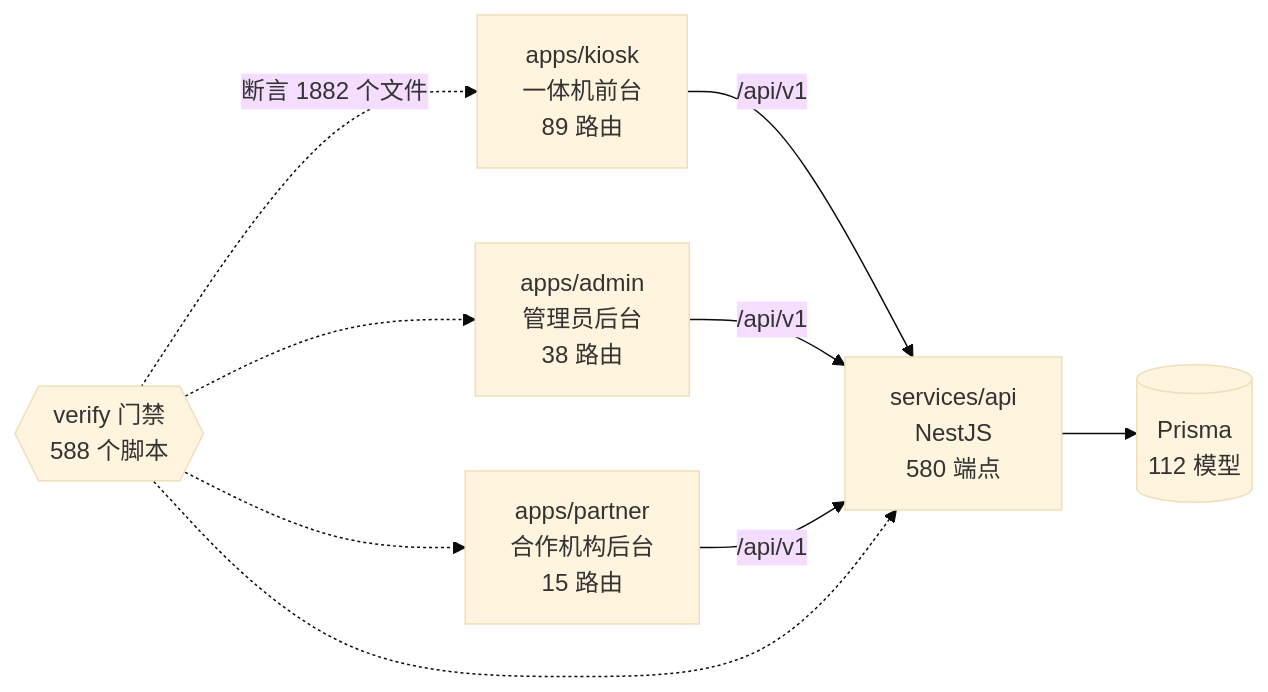
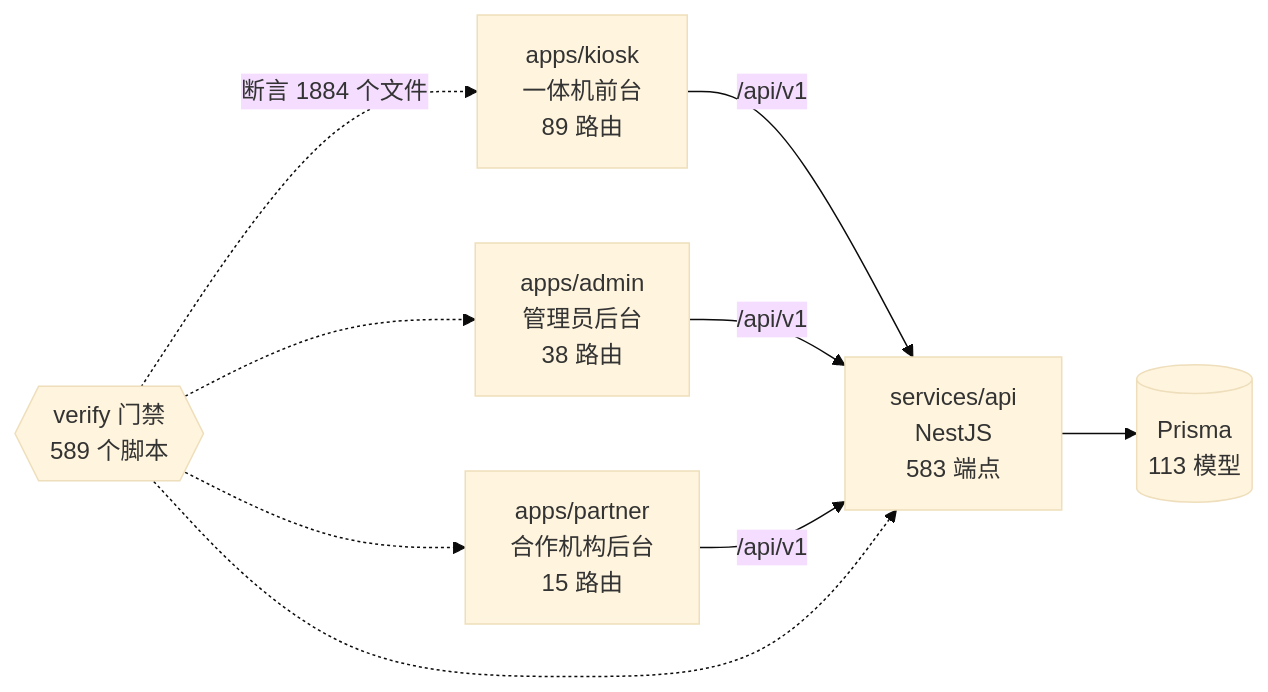
The diagram in docs/graph/README.md (wanglei581/YITIJI), drawn with Mermaid (base theme) before and after one commit. The commit also changed other lines of this file and 2 other files, not shown here.

Commit message:
chore(graph): 第七次第二块批次合入后重生图谱

````diff
--- a/docs/graph/README.md
+++ b/docs/graph/README.md
@@ -68,18 +68,18 @@
 ```mermaid
 flowchart LR
   kiosk["apps/kiosk<br/>一体机前台<br/>89 路由"]
   admin["apps/admin<br/>管理员后台<br/>38 路由"]
   partner["apps/partner<br/>合作机构后台<br/>15 路由"]
-  api["services/api<br/>NestJS<br/>580 端点"]
-  db[("Prisma<br/>112 模型")]
-  gates{{"verify 门禁<br/>588 个脚本"}}
+  api["services/api<br/>NestJS<br/>583 端点"]
+  db[("Prisma<br/>113 模型")]
+  gates{{"verify 门禁<br/>589 个脚本"}}
 
   kiosk -->|"/api/v1"| api
   admin -->|"/api/v1"| api
   partner -->|"/api/v1"| api
   api --> db
-  gates -.->|"断言 1882 个文件"| kiosk
+  gates -.->|"断言 1884 个文件"| kiosk
   gates -.-> admin
   gates -.-> partner
   gates -.-> api
 ```
````
